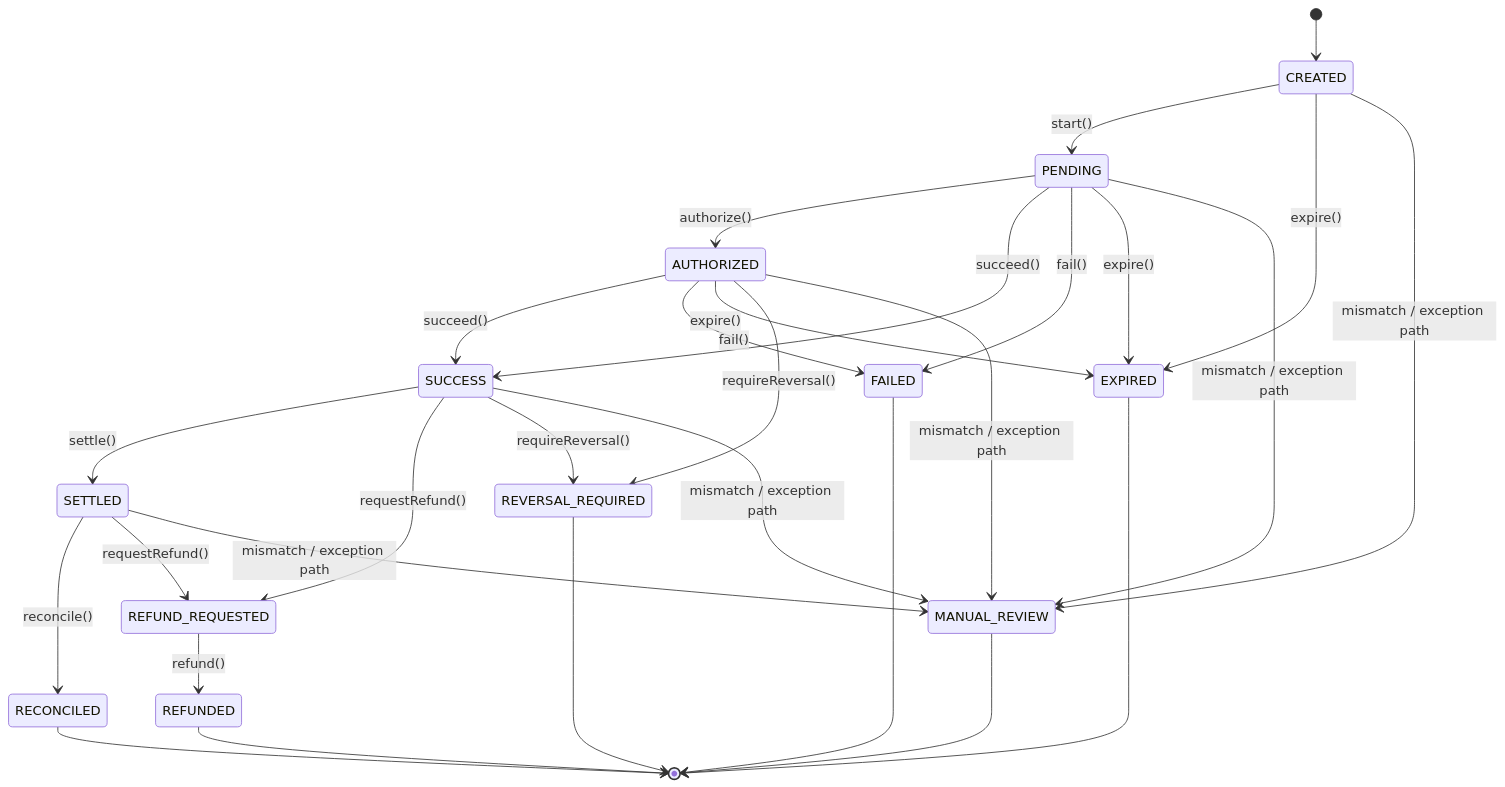
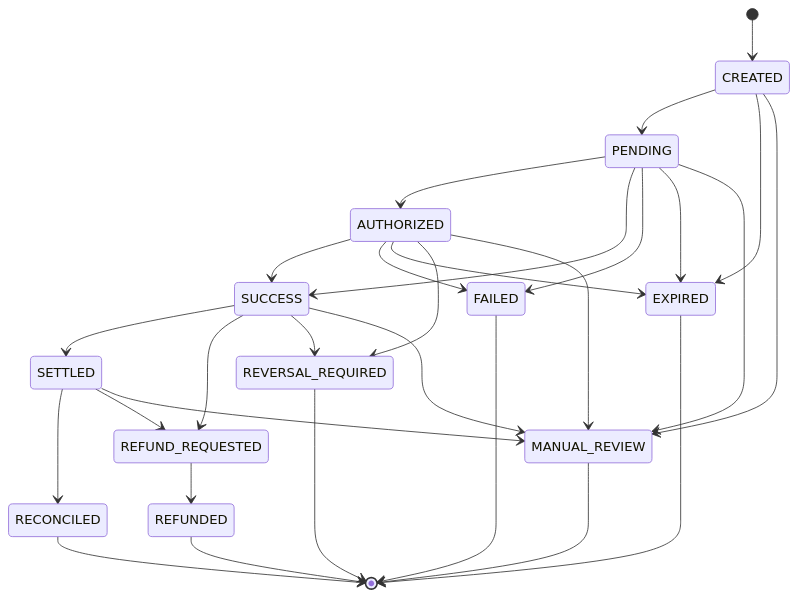
One commit to fattah247/fintech-transaction-reliability-lab changed the second of 2 diagrams in README.md. Above: the diagram before and after it, drawn with Mermaid. The commit also changed other lines of this file, not shown here.

Commit message:
docs: fix README diagrams and screenshots

````diff
--- a/README.md
+++ b/README.md
@@ -174,39 +151,39 @@
 ```mermaid
 stateDiagram-v2
     [*] --> CREATED
 
-    CREATED --> PENDING: start()
-    CREATED --> EXPIRED: expire()
+    CREATED --> PENDING
+    CREATED --> EXPIRED
 
-    PENDING --> AUTHORIZED: authorize()
-    PENDING --> SUCCESS: succeed()
-    PENDING --> FAILED: fail()
-    PENDING --> EXPIRED: expire()
+    PENDING --> AUTHORIZED
+    PENDING --> SUCCESS
+    PENDING --> FAILED
+    PENDING --> EXPIRED
 
-    AUTHORIZED --> SUCCESS: succeed()
-    AUTHORIZED --> FAILED: fail()
-    AUTHORIZED --> EXPIRED: expire()
-    AUTHORIZED --> REVERSAL_REQUIRED: requireReversal()
+    AUTHORIZED --> SUCCESS
+    AUTHORIZED --> FAILED
+    AUTHORIZED --> EXPIRED
+    AUTHORIZED --> REVERSAL_REQUIRED
 
-    SUCCESS --> SETTLED: settle()
-    SUCCESS --> REFUND_REQUESTED: requestRefund()
-    SUCCESS --> REVERSAL_REQUIRED: requireReversal()
+    SUCCESS --> SETTLED
+    SUCCESS --> REFUND_REQUESTED
+    SUCCESS --> REVERSAL_REQUIRED
 
-    SETTLED --> RECONCILED: reconcile()
-    SETTLED --> REFUND_REQUESTED: requestRefund()
+    SETTLED --> RECONCILED
+    SETTLED --> REFUND_REQUESTED
 
-    REFUND_REQUESTED --> REFUNDED: refund()
+    REFUND_REQUESTED --> REFUNDED
 
-    CREATED --> MANUAL_REVIEW: mismatch / exception path
-    PENDING --> MANUAL_REVIEW: mismatch / exception path
-    AUTHORIZED --> MANUAL_REVIEW: mismatch / exception path
-    SUCCESS --> MANUAL_REVIEW: mismatch / exception path
-    SETTLED --> MANUAL_REVIEW: mismatch / exception path
+    CREATED --> MANUAL_REVIEW
+    PENDING --> MANUAL_REVIEW
+    AUTHORIZED --> MANUAL_REVIEW
+    SUCCESS --> MANUAL_REVIEW
+    SETTLED --> MANUAL_REVIEW
 
     FAILED --> [*]
     EXPIRED --> [*]
     RECONCILED --> [*]
     REFUNDED --> [*]
     REVERSAL_REQUIRED --> [*]
     MANUAL_REVIEW --> [*]
 ```
````
